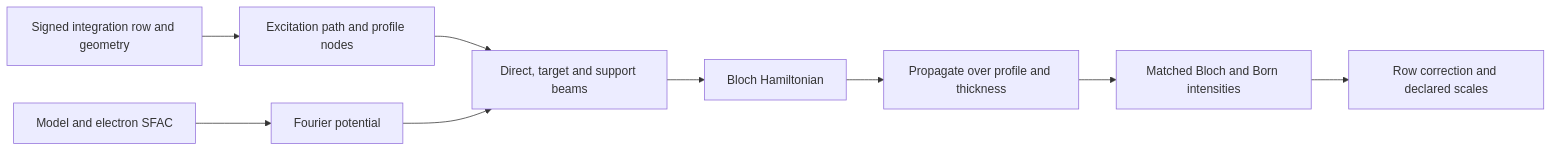
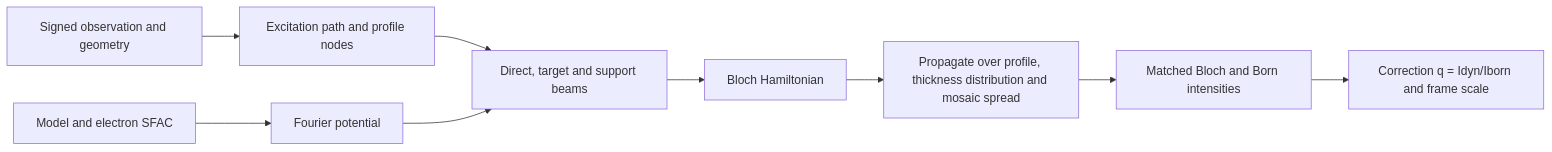
The first of 2 diagrams in docs/CODE_MAP.md (Martynowycz-Lab/GROND), drawn with Mermaid before and after one commit. The commit also changed other lines of this file and 430 other files, not shown here.

````diff
--- a/docs/CODE_MAP.md
+++ b/docs/CODE_MAP.md
@@ -34,11 +37,11 @@
 ```mermaid
 flowchart LR
-    A[Signed integration row and geometry] --> B[Excitation path and profile nodes]
+    A[Signed observation and geometry] --> B[Excitation path and profile nodes]
     C[Model and electron SFAC] --> D[Fourier potential]
     B --> E[Direct, target and support beams]
     D --> E
     E --> F[Bloch Hamiltonian]
-    F --> G[Propagate over profile and thickness]
+    F --> G[Propagate over profile, thickness distribution and mosaic spread]
     G --> H[Matched Bloch and Born intensities]
-    H --> I[Row correction and declared scales]
+    H --> I[Correction q = Idyn/Iborn and frame scale]
 ```
````
